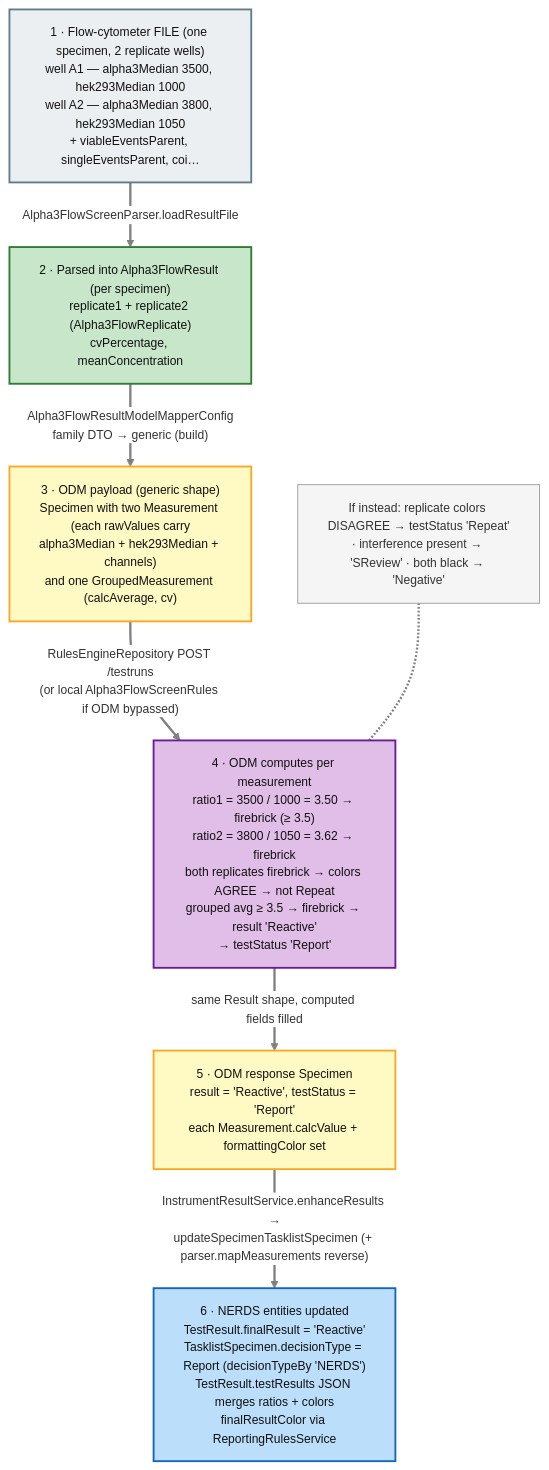
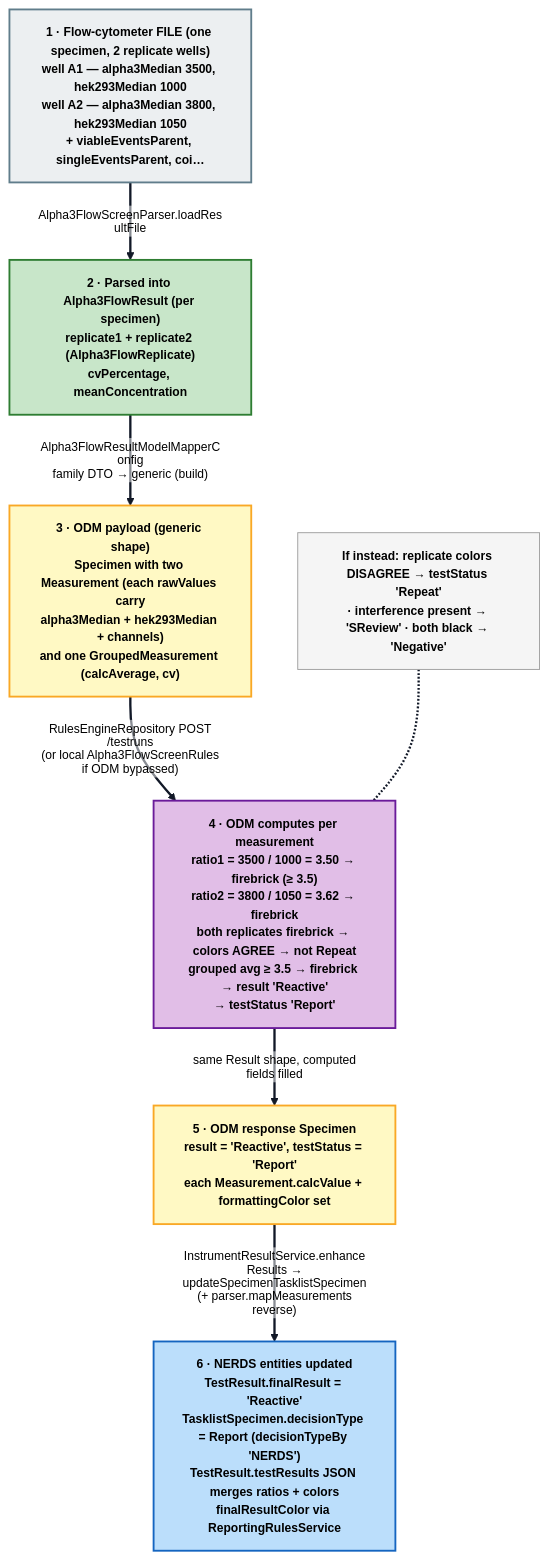
One commit to fengyanglin09/my-work-dashboard-app changed the diagram in src/assets/pages/app-resources/nerds/appDetails/00step/review-stage/worked-example-alpha3-flow.md. Above: the diagram before and after it, drawn with Mermaid. The commit also changed 35 other files, not shown here.

Commit message:
Add new mermaid diagrams for workflow and testing processes

````diff
--- a/src/assets/pages/app-resources/nerds/appDetails/00step/review-stage/worked-example-alpha3-flow.md
+++ b/src/assets/pages/app-resources/nerds/appDetails/00step/review-stage/worked-example-alpha3-flow.md
@@ -35,33 +35,33 @@
 ```mermaid
-%%{init: {"theme":"base", "themeVariables":{"background":"#ffffff","lineColor":"#808080","edgeLabelBackground":"#ffffff","fontSize":"13px"}, "flowchart":{"curve":"basis"}}}%%
+%%{init: {"theme":"base", "themeVariables":{"background":"#ffffff","mainBkg":"#ffffff","primaryColor":"#f8fafc","primaryTextColor":"#000000","primaryBorderColor":"#111827","secondaryColor":"#f8fafc","secondaryTextColor":"#000000","secondaryBorderColor":"#111827","tertiaryColor":"#f8fafc","tertiaryTextColor":"#000000","tertiaryBorderColor":"#111827","lineColor":"#111827","defaultLinkColor":"#111827","nodeTextColor":"#000000","textColor":"#000000","titleColor":"#000000","edgeLabelBackground":"#ffffff","clusterBkg":"#f8fafc","clusterBorder":"#111827","fontSize":"13px"}, "themeCSS":".nodeLabel,.nodeLabel *,.edgeLabel,.edgeLabel *,.cluster-label,.cluster-label *,.label,.label *,foreignObject,foreignObject *,text,tspan{color:#000000 !important;fill:#000000 !important;font-weight:700 !important;}.edgeLabel rect,.labelBkg{fill:#ffffff !important;opacity:0.96 !important;}", "flowchart":{"curve":"basis","htmlLabels":false}}}%%
 flowchart TD
     F["1 · Flow-cytometer FILE (one specimen, 2 replicate wells)<br/>well A1 — alpha3Median 3500, hek293Median 1000<br/>well A2 — alpha3Median 3800, hek293Median 1050<br/>+ viableEventsParent, singleEventsParent, coi…"]
 
     F -->|"Alpha3FlowScreenParser.loadResultFile"| P["2 · Parsed into Alpha3FlowResult (per specimen)<br/>replicate1 + replicate2 (Alpha3FlowReplicate)<br/>cvPercentage, meanConcentration"]
 
     P -->|"Alpha3FlowResultModelMapperConfig<br/>family DTO → generic (build)"| M["3 · ODM payload (generic shape)<br/>Specimen with two Measurement (each rawValues carry<br/>alpha3Median + hek293Median + channels)<br/>and one GroupedMeasurement (calcAverage, cv)"]
 
     M -->|"RulesEngineRepository POST /testruns<br/>(or local Alpha3FlowScreenRules if ODM bypassed)"| ODM["4 · ODM computes per measurement<br/>ratio1 = 3500 / 1000 = 3.50 → firebrick (≥ 3.5)<br/>ratio2 = 3800 / 1050 = 3.62 → firebrick<br/>both replicates firebrick → colors AGREE → not Repeat<br/>grouped avg ≥ 3.5 → firebrick → result 'Reactive'<br/>→ testStatus 'Report'"]
 
     ODM -->|"same Result shape, computed fields filled"| R["5 · ODM response Specimen<br/>result = 'Reactive', testStatus = 'Report'<br/>each Measurement.calcValue + formattingColor set"]
 
     R -->|"InstrumentResultService.enhanceResults →<br/>updateSpecimenTasklistSpecimen (+ parser.mapMeasurements reverse)"| E["6 · NERDS entities updated<br/>TestResult.finalResult = 'Reactive'<br/>TasklistSpecimen.decisionType = Report (decisionTypeBy 'NERDS')<br/>TestResult.testResults JSON merges ratios + colors<br/>finalResultColor via ReportingRulesService"]
 
     ALT["If instead: replicate colors DISAGREE → testStatus 'Repeat'<br/>· interference present → 'SReview' · both black → 'Negative'"] -.- ODM
 
-    classDef file fill:#eceff1,stroke:#607d8b,stroke-width:2px,color:#111111;
-    classDef parse fill:#c8e6c9,stroke:#2e7d32,stroke-width:2px,color:#111111;
-    classDef pay  fill:#fff9c4,stroke:#f9a825,stroke-width:2px,color:#111111;
-    classDef odm  fill:#e1bee7,stroke:#6a1b9a,stroke-width:2px,color:#111111;
-    classDef ent  fill:#bbdefb,stroke:#1565c0,stroke-width:2px,color:#111111;
-    classDef note fill:#f5f5f5,stroke:#9e9e9e,stroke-width:1px,color:#333333;
+    classDef file fill:#eceff1,stroke:#607d8b,stroke-width:2px,color:#000000,font-weight:700;
+    classDef parse fill:#c8e6c9,stroke:#2e7d32,stroke-width:2px,color:#000000,font-weight:700;
+    classDef pay  fill:#fff9c4,stroke:#f9a825,stroke-width:2px,color:#000000,font-weight:700;
+    classDef odm  fill:#e1bee7,stroke:#6a1b9a,stroke-width:2px,color:#000000,font-weight:700;
+    classDef ent  fill:#bbdefb,stroke:#1565c0,stroke-width:2px,color:#000000,font-weight:700;
+    classDef note fill:#f5f5f5,stroke:#9e9e9e,stroke-width:1px,color:#000000,font-weight:700;
 
     class F file;
     class P,E ent;
     class M,R pay;
     class ODM odm;
     class ALT note;
     class P parse;
 
-    linkStyle default stroke:#808080,stroke-width:2.5px
+    linkStyle default stroke:#111827,stroke-width:2.5px
 ```
````
